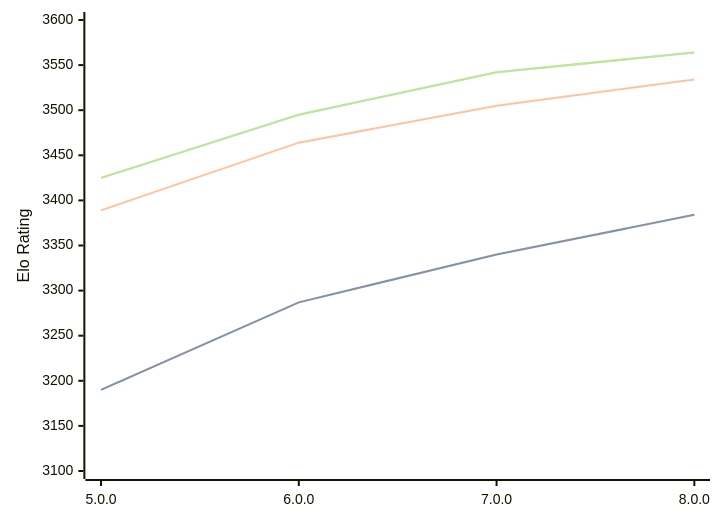
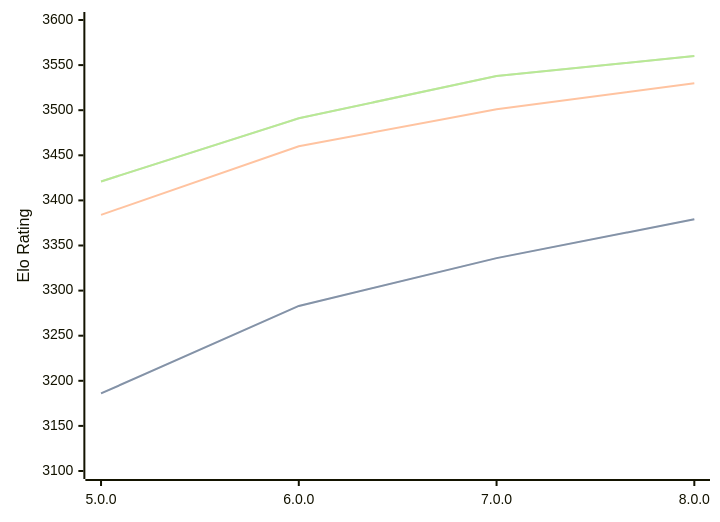
One commit to computer-chess-index/cci changed the first of 3 diagrams in engines/Stormphrax.md. Above: the diagram before and after it, drawn with Mermaid. The commit also changed other lines of this file, not shown here.

Commit message:
Update CCI Ratings (ELO VLTC) - 2026-07-16

````diff
--- a/engines/Stormphrax.md
+++ b/engines/Stormphrax.md
@@ -39,11 +39,11 @@
 ```mermaid
 %%{init: {"theme":"base","themeVariables":{"seriesColors:['#a3a3a3','#222221','#faa371']}}}%%
 xychart-beta
   x-axis ["5.0.0", "6.0.0", "7.0.0", "8.0.0"]
   y-axis "Elo Rating" 3100 --> 3600
-  line "STC (8.0+0.08s)" [3190, 3287, 3340, 3384]
-  line "STC (8.0+0.08s)" [3190, 3287, 3340, 3384]
-  line "LTC (60.0+0.60s)" [3389, 3464, 3505, 3534]
-  line "VLTC (2m24s+1.12s)" [3425, 3495, 3542, 3564]
-  line "VLTC (2m24s+1.12s)" [3425, 3495, 3542, 3564]
+  line "STC (8.0+0.08s)" [3186, 3283, 3336, 3379]
+  line "STC (8.0+0.08s)" [3186, 3283, 3336, 3379]
+  line "LTC (60.0+0.60s)" [3384, 3460, 3501, 3530]
+  line "VLTC (2m24s+1.12s)" [3421, 3491, 3538, 3560]
+  line "VLTC (2m24s+1.12s)" [3421, 3491, 3538, 3560]
 ```
````
